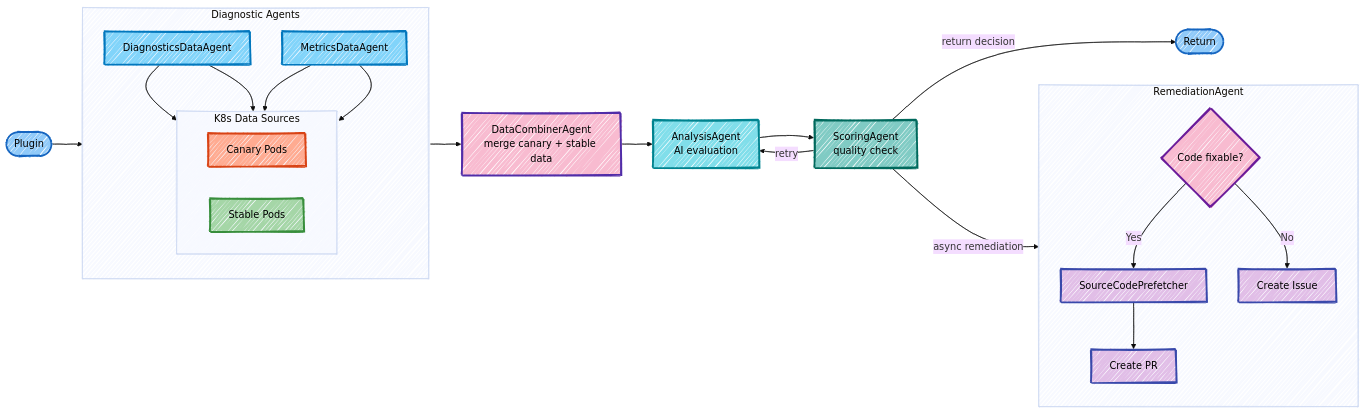
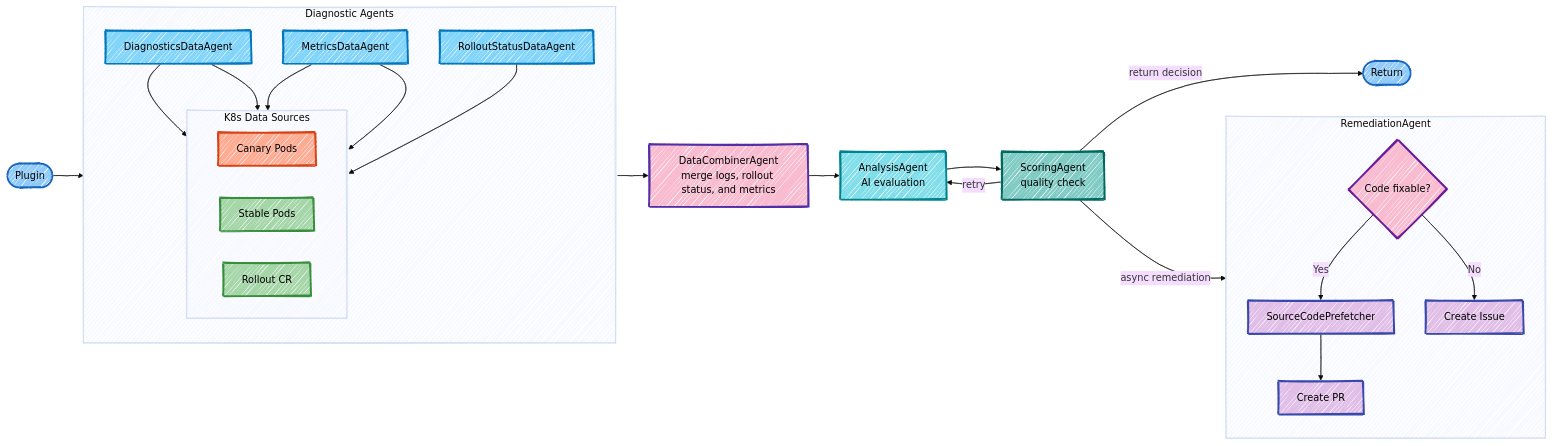
One commit to kdubois/kubernetes-aiops-agent changed the diagram in README.md. Above: the diagram before and after it, drawn with Mermaid. The commit also changed other lines of this file and 10 other files, not shown here.

First line of the commit message:
Include rollout status in the canary analysis

````diff
--- a/README.md
+++ b/README.md
@@ -89,53 +89,56 @@
 ```mermaid
 %%{init: {'theme': 'base', 'look': 'handDrawn'}}%%
 flowchart LR
     A([Plugin]):::plugin --> B
 
     subgraph B[Diagnostic Agents]
         direction TB
         B1[DiagnosticsDataAgent]:::diagnostic
         B2[MetricsDataAgent]:::diagnostic
+        B3[RolloutStatusDataAgent]:::diagnostic
         
         subgraph K8S[K8s Data Sources]
             direction LR
             K1[Canary Pods]:::canary
             K2[Stable Pods]:::stable
+            K3[Rollout CR]:::stable
         end
         
         B1 --> K1
         B1 --> K2
         B2 --> K1
         B2 --> K2
+        B3 --> K3
     end
 
-    B --> C[DataCombinerAgent<br/>merge canary + stable data]:::combiner
+    B --> C[DataCombinerAgent<br/>merge logs, rollout status, and metrics]:::combiner
     C --> D[AnalysisAgent<br/>AI evaluation]:::analysis
     D --> E[ScoringAgent<br/>quality check]:::scoring
 
     E -->|retry| D
     E -->|return decision| F([Return]):::plugin
 
     E -->|async remediation| G
 
     subgraph G[RemediationAgent]
         direction TB
         G1{Code fixable?}:::decision
         G2[SourceCodePrefetcher]:::remediation
         G3[Create PR]:::remediation
         G4[Create Issue]:::remediation
         G1 -->|Yes| G2
         G2 --> G3
         G1 -->|No| G4
     end
 
     classDef plugin fill:#90caf9,stroke:#1565c0,stroke-width:3px,color:#000
     classDef data fill:#c5e1a5,stroke:#558b2f,stroke-width:3px,color:#000
     classDef diagnostic fill:#81d4fa,stroke:#0277bd,stroke-width:3px,color:#000
     classDef canary fill:#ffab91,stroke:#d84315,stroke-width:3px,color:#000
     classDef stable fill:#a5d6a7,stroke:#388e3c,stroke-width:3px,color:#000
     classDef combiner fill:#f8bbd0,stroke:#512da8,stroke-width:3px,color:#000
     classDef analysis fill:#80deea,stroke:#00838f,stroke-width:3px,color:#000
     classDef scoring fill:#80cbc4,stroke:#00695c,stroke-width:3px,color:#000
     classDef decision fill:#f8bbd0,stroke:#6a1b9a,stroke-width:3px,color:#000
     classDef remediation fill:#e1bee7,stroke:#3949ab,stroke-width:3px,color:#000
 ```
````
